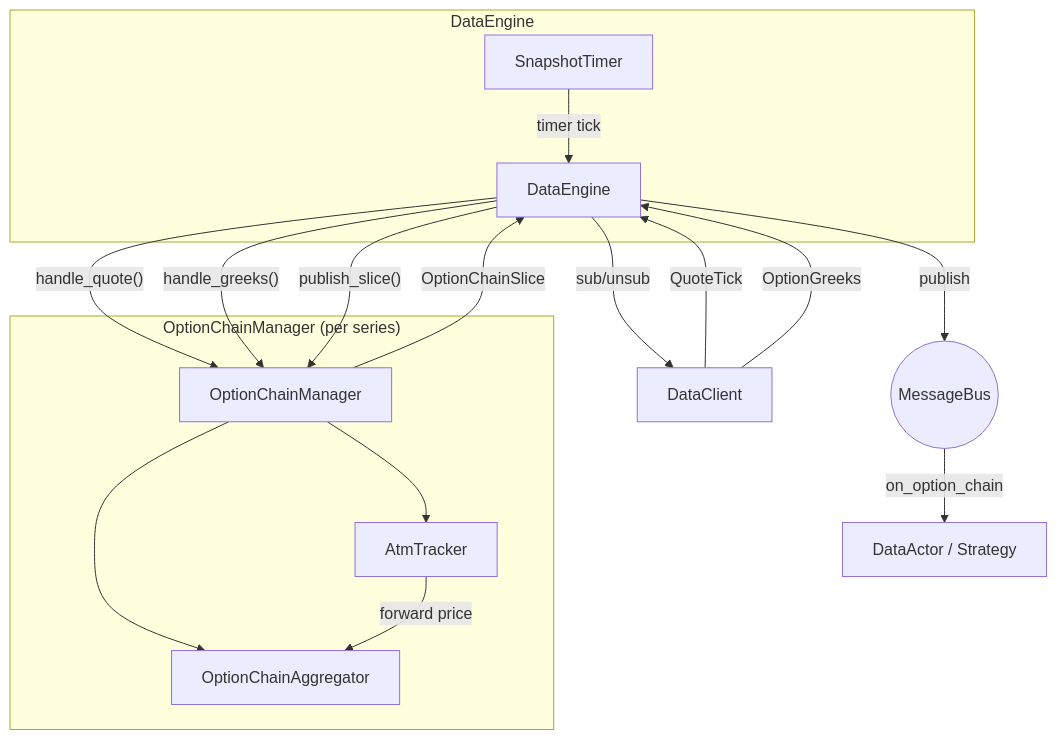
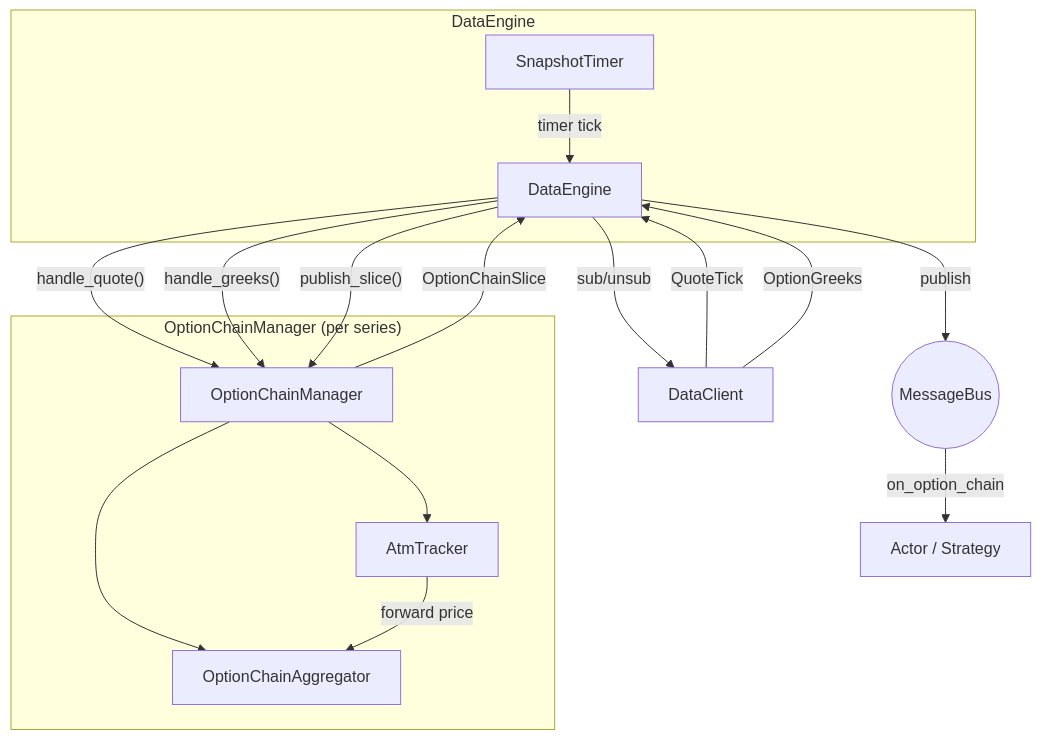
Before and after one commit to sbOogway/nautilus_trader: the diagram in docs/concepts/options.md, drawn with Mermaid. The commit also changed other lines of this file and 3160 other files, not shown here.

````diff
--- a/docs/concepts/options.md
+++ b/docs/concepts/options.md
@@ -245,27 +244,27 @@
 ```mermaid
 flowchart TD
     subgraph DataEngine
         DE[DataEngine]
         TMR[SnapshotTimer]
     end
 
     subgraph "OptionChainManager (per series)"
         MGR[OptionChainManager]
         AGG[OptionChainAggregator]
         ATM[AtmTracker]
     end
 
     DC[DataClient] -- QuoteTick --> DE
     DC -- OptionGreeks --> DE
     DE -- "handle_quote()" --> MGR
     DE -- "handle_greeks()" --> MGR
     MGR --> AGG
     MGR --> ATM
     ATM -- "forward price" --> AGG
     TMR -- "timer tick" --> DE
     DE -- "publish_slice()" --> MGR
     MGR -- "OptionChainSlice" --> DE
     DE -- publish --> MB((MessageBus))
-    MB -- "on_option_chain" --> S[DataActor / Strategy]
+    MB -- "on_option_chain" --> S[Actor / Strategy]
     DE -- "sub/unsub" --> DC
 ```
````
